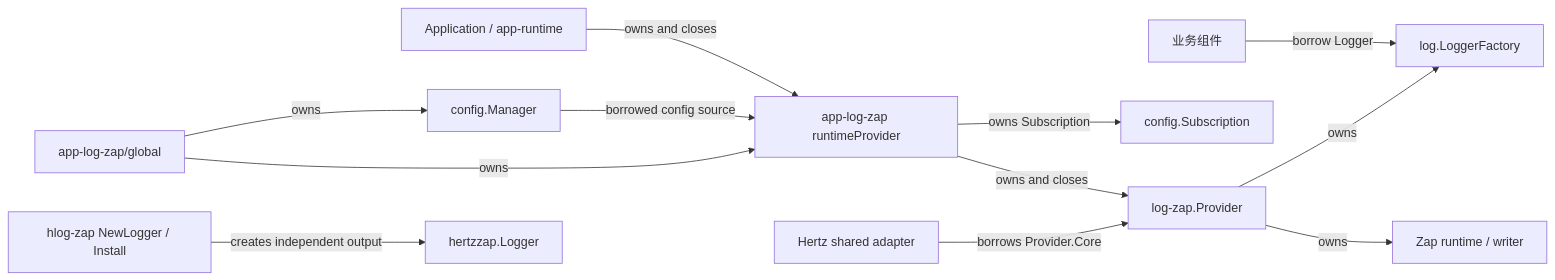
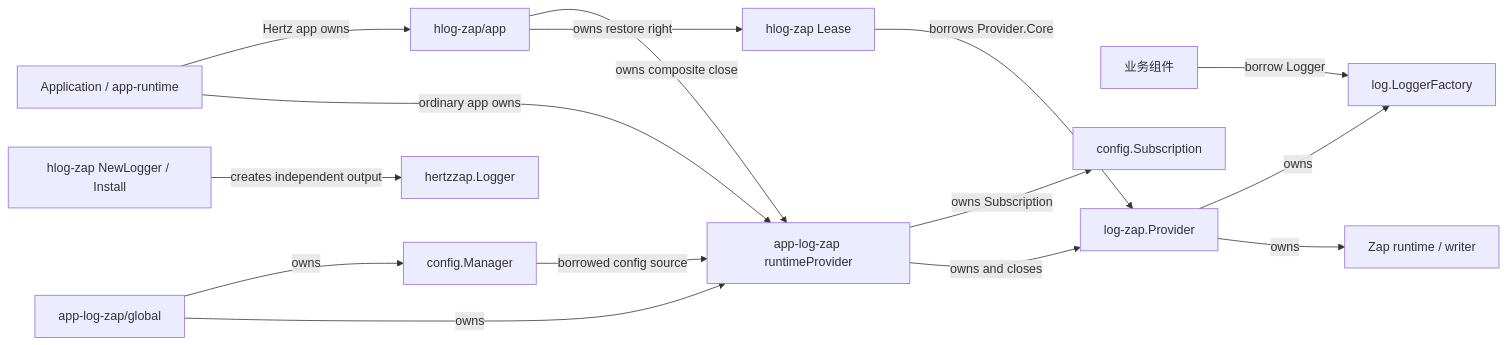
Before and after one commit to yangzhuangqiu/gobase: the diagram in docs/architecture/log-design.md, drawn with Mermaid. The commit also changed other lines of this file and 72 other files, not shown here.

First line of the commit message:
feat(web-hertz): integrate runtime logging lifecycle

````diff
--- a/docs/architecture/log-design.md
+++ b/docs/architecture/log-design.md
@@ -77,14 +81,17 @@
 ```mermaid
 flowchart LR
     Business["业务组件"] -->|"borrow Logger"| Factory["log.LoggerFactory"]
-    Runtime["Application / app-runtime"] -->|"owns and closes"| Composite["app-log-zap runtimeProvider"]
+    Runtime["Application / app-runtime"] -->|"Hertz app owns"| AppHlog["hlog-zap/app"]
+    Runtime -->|"ordinary app owns"| Composite["app-log-zap runtimeProvider"]
+    AppHlog -->|"owns composite close"| Composite
     Manager["config.Manager"] -->|"borrowed config source"| Composite
     Composite -->|"owns Subscription"| Subscription["config.Subscription"]
     Composite -->|"owns and closes"| ZapProvider["log-zap.Provider"]
     ZapProvider -->|"owns"| Factory
     ZapProvider -->|"owns"| Output["Zap runtime / writer"]
-    HertzShared["Hertz shared adapter"] -->|"borrows Provider.Core"| ZapProvider
+    HertzShared["hlog-zap Lease"] -->|"borrows Provider.Core"| ZapProvider
+    AppHlog -->|"owns restore right"| HertzShared
     Global["app-log-zap/global"] -->|"owns"| Manager
     Global -->|"owns"| Composite
     HertzStandalone["hlog-zap NewLogger / Install"] -->|"creates independent output"| Standalone["hertzzap.Logger"]
 ```
````
